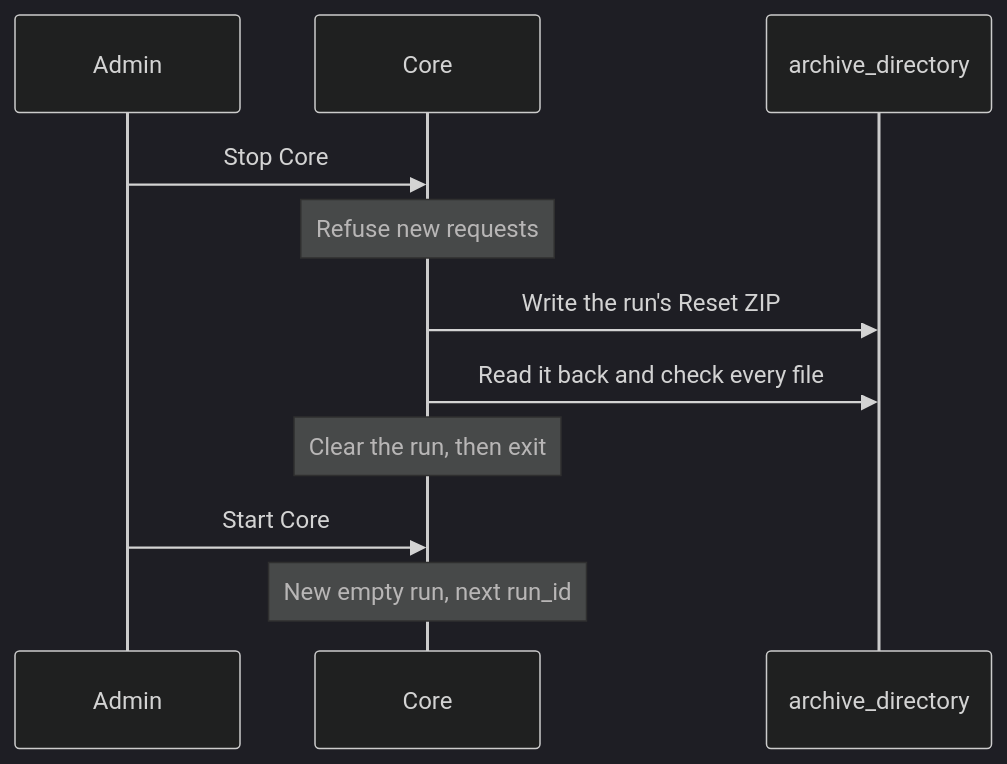
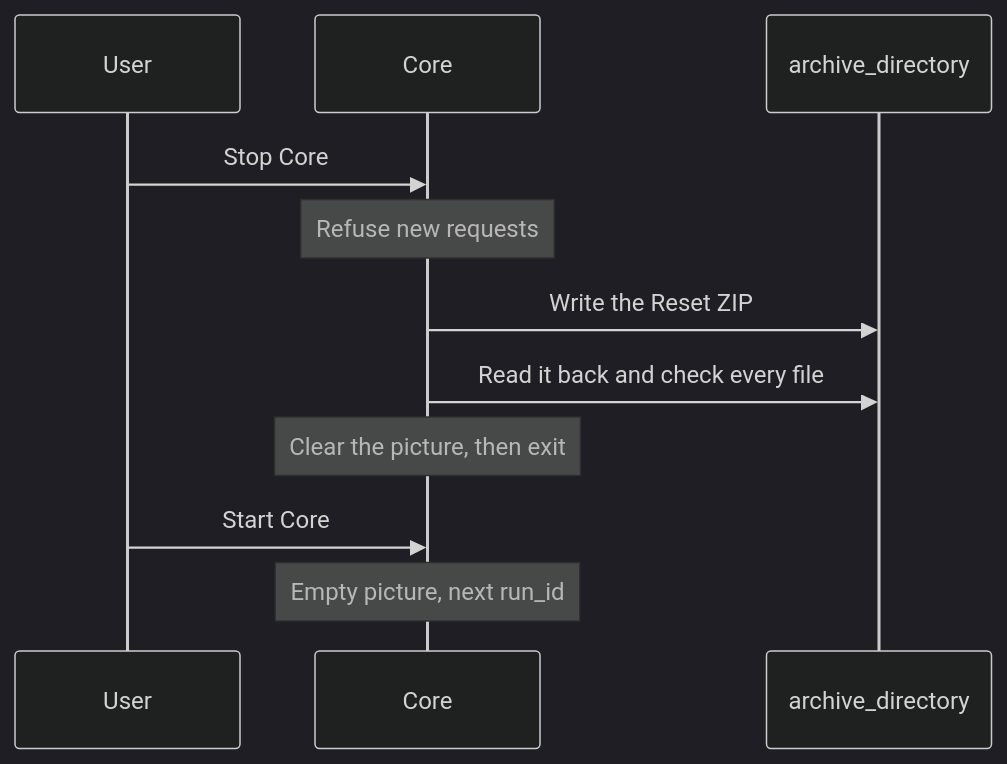
One commit to atlas-field-systems/atlas changed the diagram in core/docs/reset.md. Above: the diagram before and after it, drawn with Mermaid (dark theme). The commit also changed other lines of this file and 70 other files, not shown here.

````diff
--- a/core/docs/reset.md
+++ b/core/docs/reset.md
@@ -23,13 +26,13 @@
 ```mermaid
 sequenceDiagram
-    participant Admin
+    participant User
     participant Core
     participant Folder as archive_directory
-    Admin->>Core: Stop Core
+    User->>Core: Stop Core
     Note over Core: Refuse new requests
-    Core->>Folder: Write the run's Reset ZIP
+    Core->>Folder: Write the Reset ZIP
     Core->>Folder: Read it back and check every file
-    Note over Core: Clear the run, then exit
-    Admin->>Core: Start Core
-    Note over Core: New empty run, next run_id
+    Note over Core: Clear the picture, then exit
+    User->>Core: Start Core
+    Note over Core: Empty picture, next run_id
 ```
````
